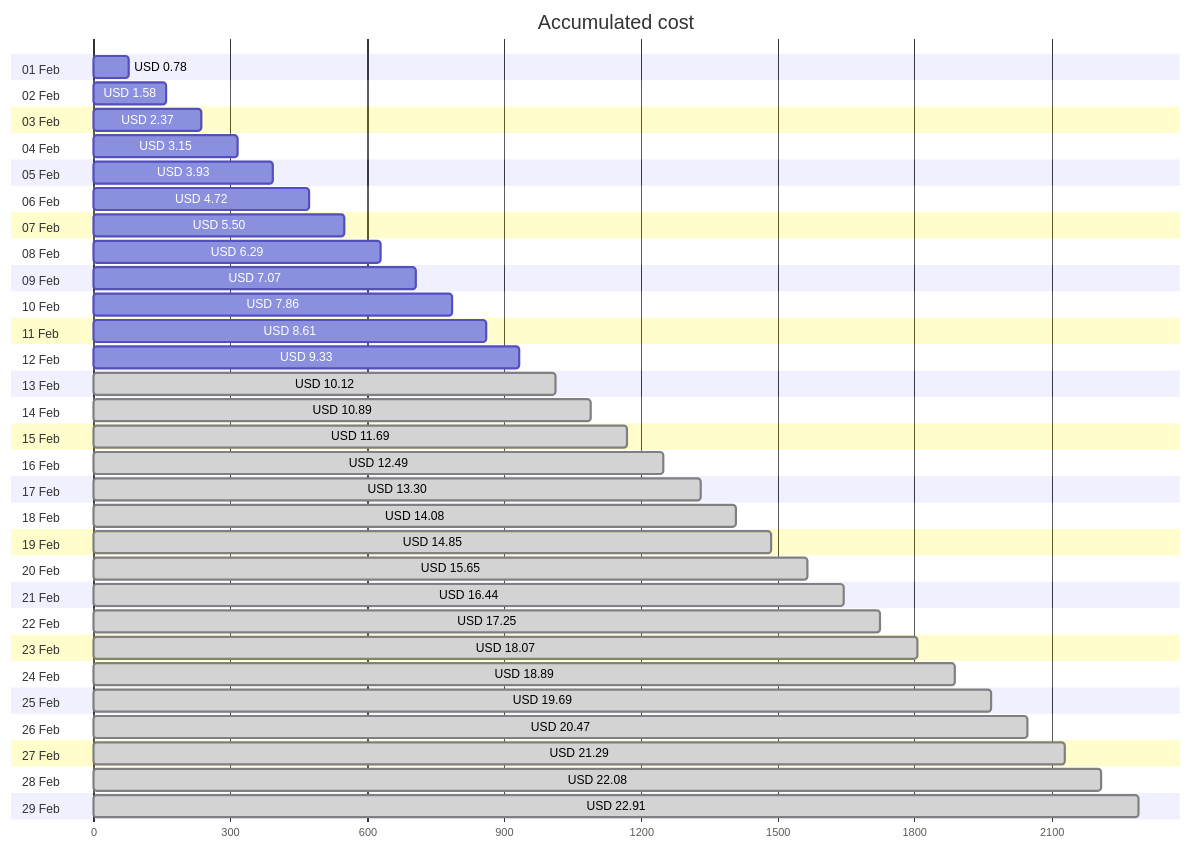
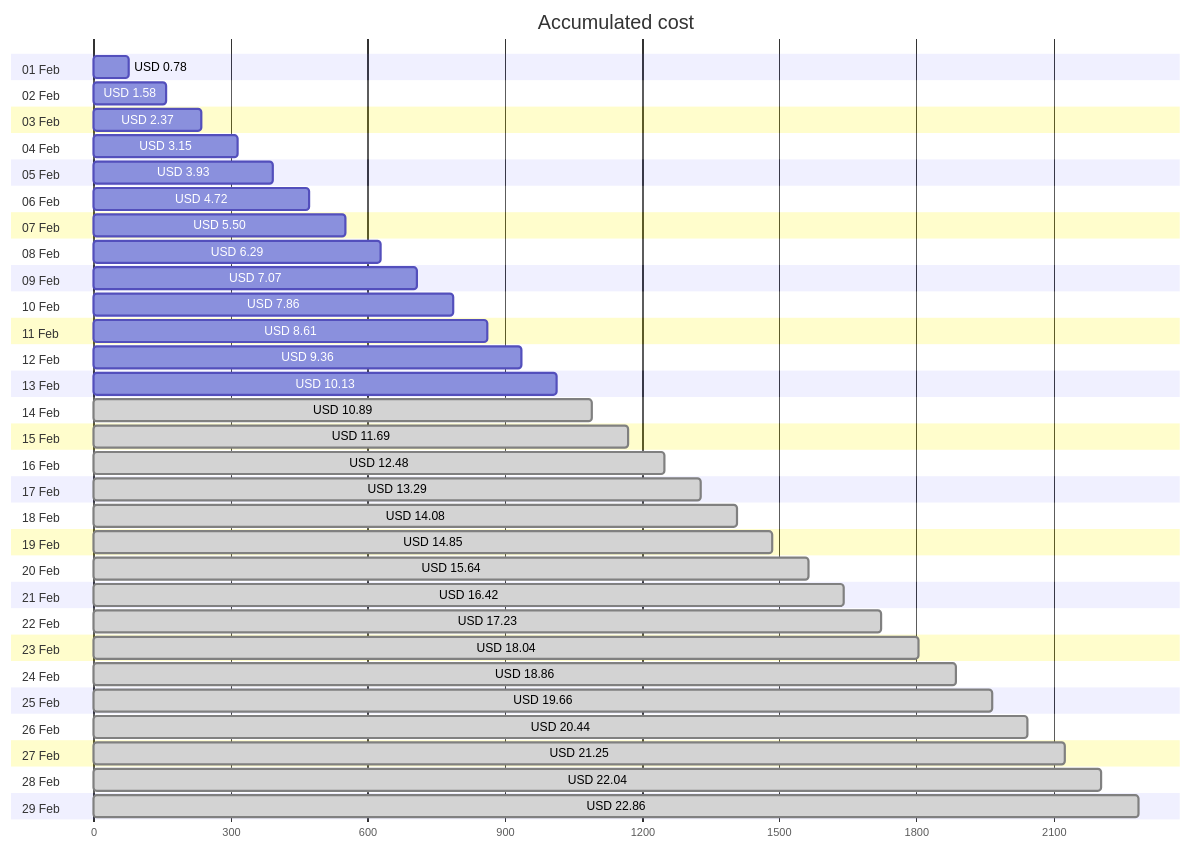
One commit to jpfulton/azure-personal-reports changed the first of 4 diagrams in cost-reports/personal-network/backup-server-data-disk.md. Above: the diagram before and after it, drawn with Mermaid. The commit also changed other lines of this file and 8 other files, not shown here.

````diff
--- a/cost-reports/personal-network/backup-server-data-disk.md
+++ b/cost-reports/personal-network/backup-server-data-disk.md
@@ -20,64 +20,64 @@
 ```mermaid
 gantt
    title Accumulated cost
    dateFormat  X
    axisFormat %s
    section 01 Feb
    USD 0.78 :0, 78
    section 02 Feb
    USD 1.58 :0, 158
    section 03 Feb
    USD 2.37 :0, 237
    section 04 Feb
    USD 3.15 :0, 315
    section 05 Feb
    USD 3.93 :0, 393
    section 06 Feb
    USD 4.72 :0, 472
    section 07 Feb
    USD 5.50 :0, 550
    section 08 Feb
    USD 6.29 :0, 629
    section 09 Feb
    USD 7.07 :0, 707
    section 10 Feb
    USD 7.86 :0, 786
    section 11 Feb
    USD 8.61 :0, 861
    section 12 Feb
-   USD 9.33 :0, 933
+   USD 9.36 :0, 936
    section 13 Feb
-   USD 10.12 : done, 0, 1012
+   USD 10.13 :0, 1013
    section 14 Feb
    USD 10.89 : done, 0, 1089
    section 15 Feb
    USD 11.69 : done, 0, 1169
    section 16 Feb
-   USD 12.49 : done, 0, 1249
+   USD 12.48 : done, 0, 1248
    section 17 Feb
-   USD 13.30 : done, 0, 1330
+   USD 13.29 : done, 0, 1329
    section 18 Feb
    USD 14.08 : done, 0, 1408
    section 19 Feb
    USD 14.85 : done, 0, 1485
    section 20 Feb
-   USD 15.65 : done, 0, 1565
+   USD 15.64 : done, 0, 1564
    section 21 Feb
-   USD 16.44 : done, 0, 1644
+   USD 16.42 : done, 0, 1642
    section 22 Feb
-   USD 17.25 : done, 0, 1725
+   USD 17.23 : done, 0, 1723
    section 23 Feb
-   USD 18.07 : done, 0, 1807
+   USD 18.04 : done, 0, 1804
    section 24 Feb
-   USD 18.89 : done, 0, 1889
+   USD 18.86 : done, 0, 1886
    section 25 Feb
-   USD 19.69 : done, 0, 1969
+   USD 19.66 : done, 0, 1966
    section 26 Feb
-   USD 20.47 : done, 0, 2047
+   USD 20.44 : done, 0, 2044
    section 27 Feb
-   USD 21.29 : done, 0, 2129
+   USD 21.25 : done, 0, 2125
    section 28 Feb
-   USD 22.08 : done, 0, 2208
+   USD 22.04 : done, 0, 2204
    section 29 Feb
-   USD 22.91 : done, 0, 2291
+   USD 22.86 : done, 0, 2286
 ```
````
